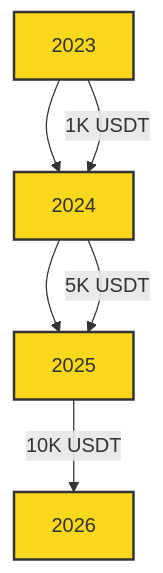
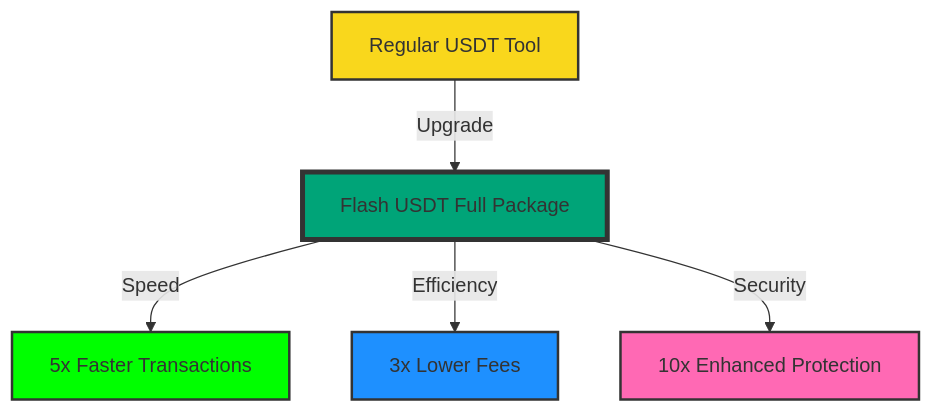
Before and after one commit to likhonsible/Flash-USDT-Sender: the diagram in README.md, drawn with Mermaid. The commit also changed other lines of this file, not shown here.

````diff
--- a/README.md
+++ b/README.md
@@ -48,12 +55,12 @@
 ```mermaid
 graph TD
-    A[2023] --> B[2024]
-    B --> C[2025]
-    A -->|1K USDT| B
-    B -->|5K USDT| C
-    C -->|10K USDT| D[2026]
+    A[Regular USDT Tool] -->|Upgrade| B[Flash USDT Full Package]
+    B -->|Speed| C[5x Faster Transactions]
+    B -->|Efficiency| D[3x Lower Fees]
+    B -->|Security| E[10x Enhanced Protection]
     style A fill:#f9d71c,stroke:#333,stroke-width:2px
-    style B fill:#f9d71c,stroke:#333,stroke-width:2px
-    style C fill:#f9d71c,stroke:#333,stroke-width:2px
-    style D fill:#f9d71c,stroke:#333,stroke-width:2px
+    style B fill:#00A478,stroke:#333,stroke-width:4px
+    style C fill:#00ff00,stroke:#333,stroke-width:2px
+    style D fill:#1e90ff,stroke:#333,stroke-width:2px
+    style E fill:#ff69b4,stroke:#333,stroke-width:2px
 ```
````
